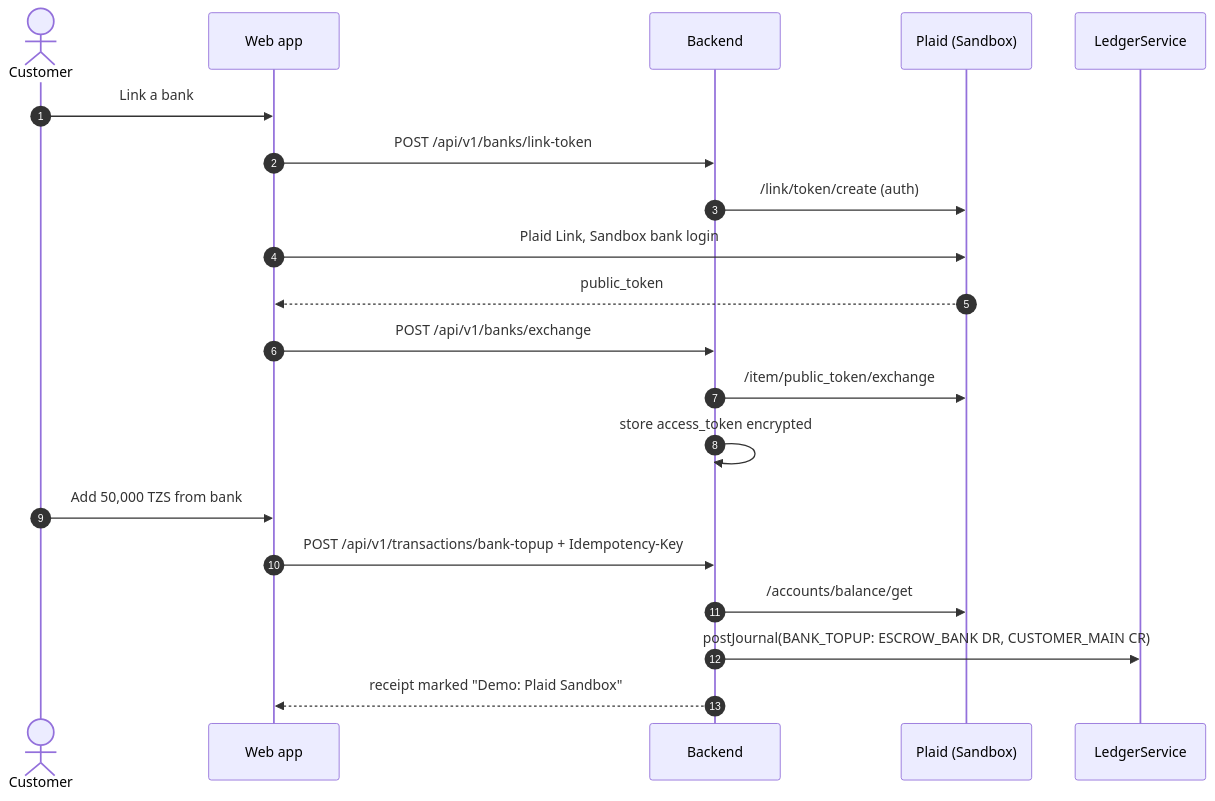
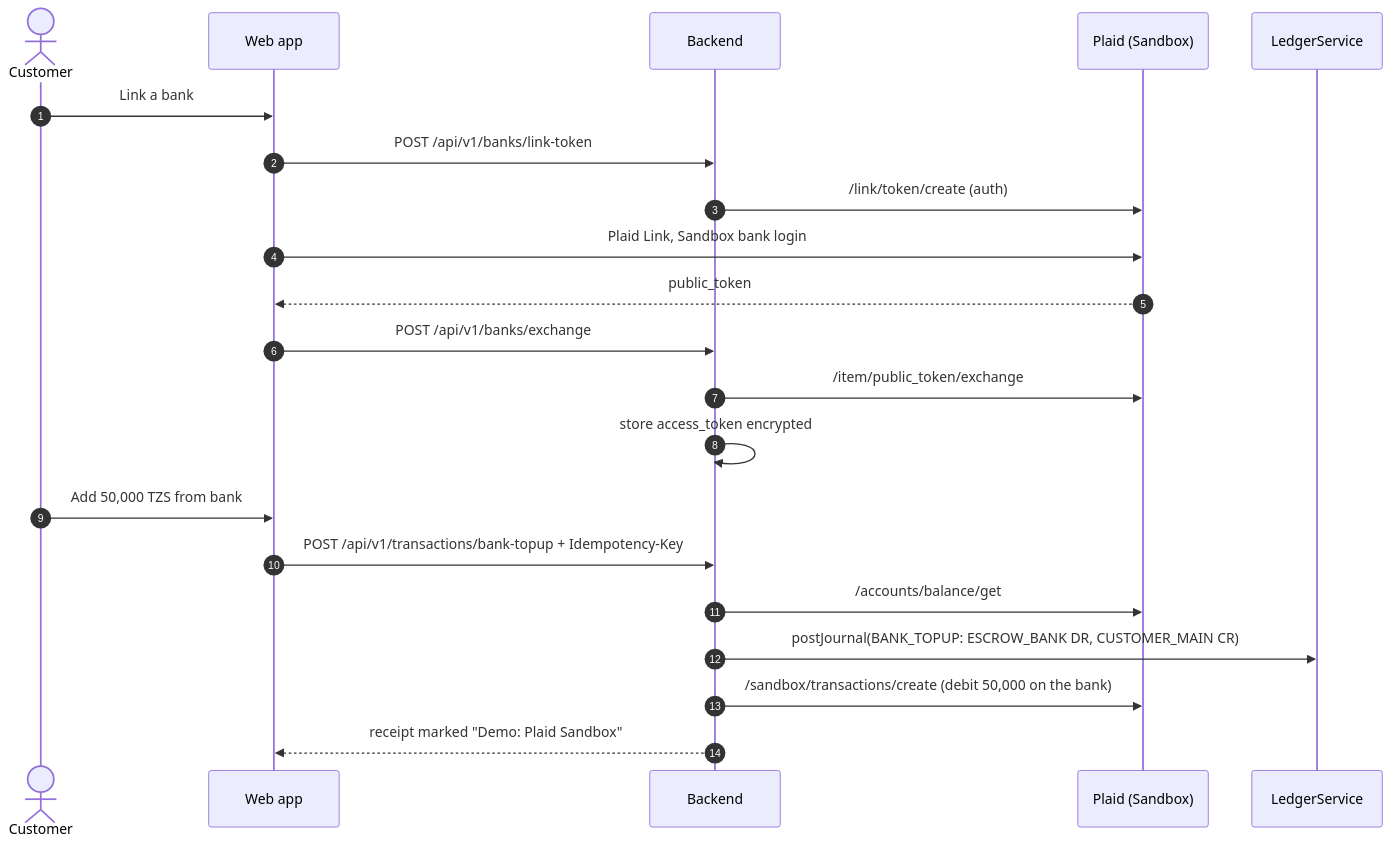
One commit to Abuu37/E-wallet-backend changed the eighth of 16 diagrams in docs/superpowers/specs/2026-11-23-flagship-wallet-program-design.md. Above: the diagram before and after it, drawn with Mermaid. The commit also changed other lines of this file and 5 other files, not shown here.

````diff
--- a/docs/superpowers/specs/2026-11-23-flagship-wallet-program-design.md
+++ b/docs/superpowers/specs/2026-11-23-flagship-wallet-program-design.md
@@ -297,22 +354,23 @@
 ```mermaid
 sequenceDiagram
     autonumber
     actor C as Customer
     participant UI as Web app
     participant API as Backend
     participant P as Plaid (Sandbox)
     participant L as LedgerService
     C->>UI: Link a bank
     UI->>API: POST /api/v1/banks/link-token
     API->>P: /link/token/create (auth)
     UI->>P: Plaid Link, Sandbox bank login
     P-->>UI: public_token
     UI->>API: POST /api/v1/banks/exchange
     API->>P: /item/public_token/exchange
     API->>API: store access_token encrypted
     C->>UI: Add 50,000 TZS from bank
     UI->>API: POST /api/v1/transactions/bank-topup + Idempotency-Key
     API->>P: /accounts/balance/get
     API->>L: postJournal(BANK_TOPUP: ESCROW_BANK DR, CUSTOMER_MAIN CR)
+    API->>P: /sandbox/transactions/create (debit 50,000 on the bank)
     API-->>UI: receipt marked "Demo: Plaid Sandbox"
 ```
````
